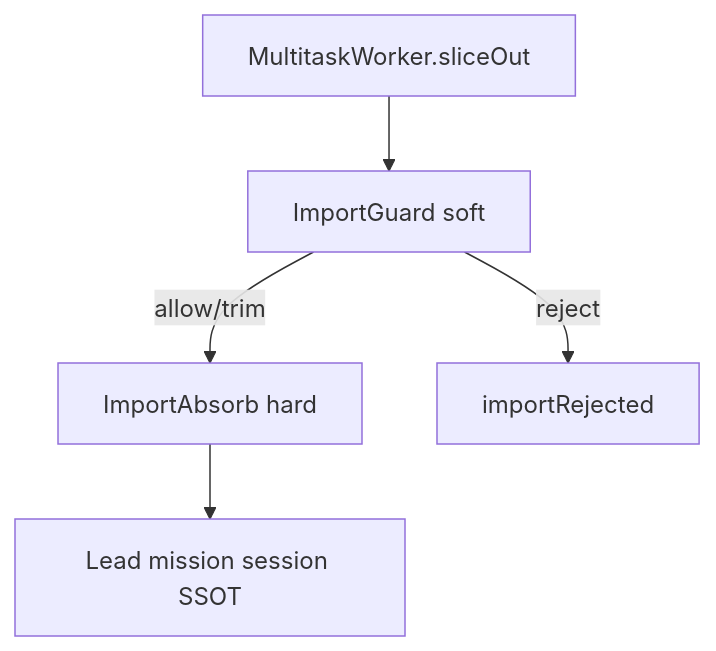
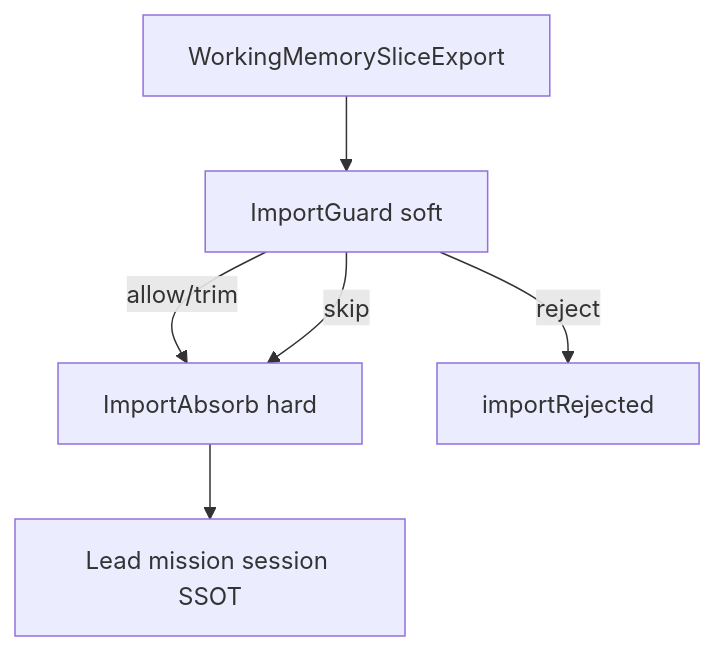
Before and after one commit to chouswei/MemNet: the diagram in sysml-models/outputs/session-import-case-study.md, drawn with Mermaid. The commit also changed other lines of this file and 6 other files, not shown here.

First line of the commit message:
SysML: nest ImportAbsorb hard vs ImportGuard soft (MN-REQ-12.9–12.11)

````diff
--- a/sysml-models/outputs/session-import-case-study.md
+++ b/sysml-models/outputs/session-import-case-study.md
@@ -53,7 +72,8 @@
 ```mermaid
 flowchart TB
-  W[MultitaskWorker.sliceOut] --> G[ImportGuard soft]
+  W[WorkingMemorySliceExport] --> G[ImportGuard soft]
   G -->|allow/trim| A[ImportAbsorb hard]
   G -->|reject| X[importRejected]
+  G -->|skip| A
   A --> Lead[Lead mission session SSOT]
 ```
````
